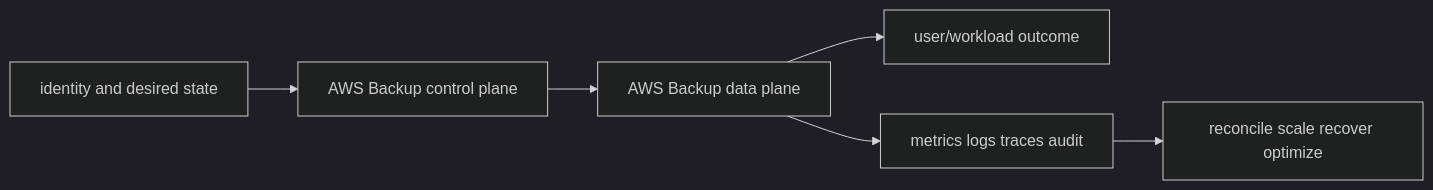
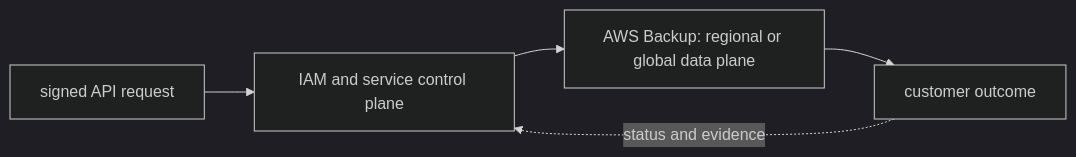
One commit to tomkidumbuyo/DevOps-interview-preparation changed the diagram in 07-aws/05-storage/05-aws-backup/README.md. Above: the diagram before and after it, drawn with Mermaid (dark theme). The commit also changed other lines of this file and 753 other files, not shown here.

````diff
--- a/07-aws/05-storage/05-aws-backup/README.md
+++ b/07-aws/05-storage/05-aws-backup/README.md
@@ -19,8 +31,7 @@
 ```mermaid
 flowchart LR
-  I[identity and desired state] --> C[AWS Backup control plane]
-  C --> D[AWS Backup data plane]
-  D --> U[user/workload outcome]
-  D --> O[metrics logs traces audit]
-  O --> R[reconcile scale recover optimize]
+  A["signed API request"] --> B["IAM and service control plane"]
+  B --> C["AWS Backup: regional or global data plane"]
+  C --> D["customer outcome"]
+  D -. "status and evidence" .-> B
 ```
````
